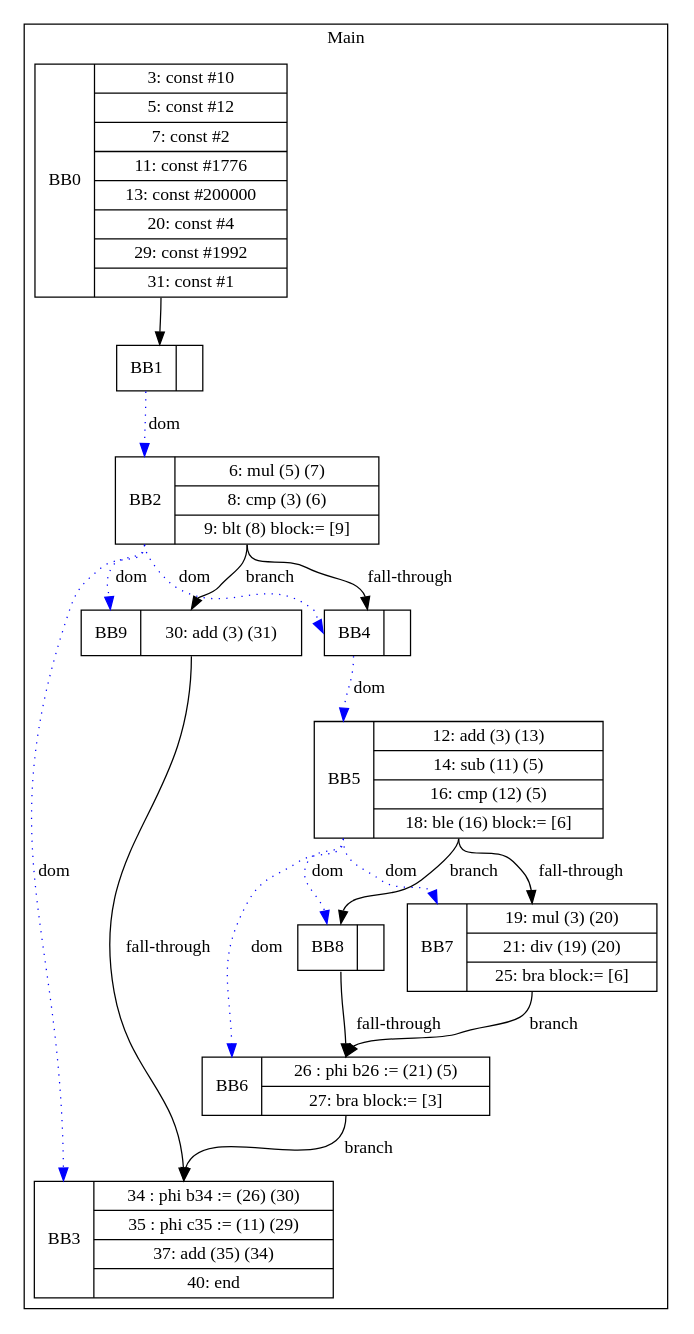
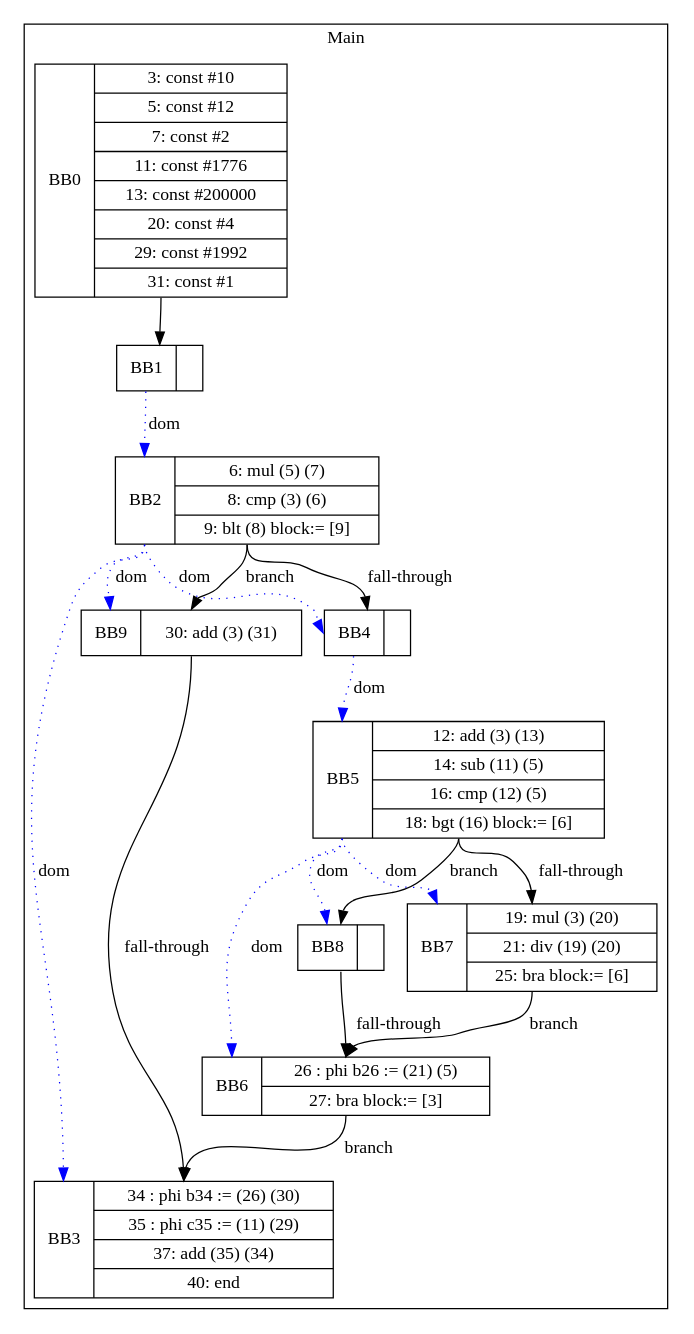
One commit to zjc664656505/UCI-CS241-Advanced-Compiler-main changed the diagram in visualization/jmcgowa/Nested_Ifs.gv. Above: the diagram before and after it, drawn with Graphviz. The commit also changed 20 other files, not shown here.

```diff
--- a/visualization/jmcgowa/Nested_Ifs.gv
+++ b/visualization/jmcgowa/Nested_Ifs.gv
@@ -1,33 +1,33 @@
 digraph G {
 node [shape=record];
 subgraph cluster_main{
 label = "Main";
 BB0 [shape=record, label="<b>BB0|{3: const #10|5: const #12|7: const #2|11: const #1776|13: const #200000|20: const #4|29: const #1992|31: const #1}"];
 BB1 [shape=record, label="<b>BB1|}"];
 BB2 [shape=record, label="<b>BB2|{6: mul (5) (7)|8: cmp (3) (6)|9: blt (8) block:= [9]}"];
 BB3 [shape=record, label="<b>BB3|{34 : phi b34 := (26) (30)|35 : phi c35 := (11) (29)|37: add (35) (34)|40: end}"];
 BB4 [shape=record, label="<b>BB4|}"];
-BB5 [shape=record, label="<b>BB5|{12: add (3) (13)|14: sub (11) (5)|16: cmp (12) (5)|18: ble (16) block:= [6]}"];
+BB5 [shape=record, label="<b>BB5|{12: add (3) (13)|14: sub (11) (5)|16: cmp (12) (5)|18: bgt (16) block:= [6]}"];
 BB6 [shape=record, label="<b>BB6|{26 : phi b26 := (21) (5)|27: bra block:= [3]}"];
 BB7 [shape=record, label="<b>BB7|{19: mul (3) (20)|21: div (19) (20)|25: bra block:= [6]}"];
 BB8 [shape=record, label="<b>BB8|}"];
 BB9 [shape=record, label="<b>BB9|{30: add (3) (31)}"];
 }
 BB0:s -> BB1:n ;
 BB2:b -> BB4:b [color=blue, style=dotted, label="dom"];
 BB1:b -> BB2:b [color=blue, style=dotted, label="dom"];
 BB5:b -> BB8:b [color=blue, style=dotted, label="dom"];
 BB5:b -> BB7:b [color=blue, style=dotted, label="dom"];
 BB2:b -> BB3:b [color=blue, style=dotted, label="dom"];
 BB2:b -> BB9:b [color=blue, style=dotted, label="dom"];
 BB4:b -> BB5:b [color=blue, style=dotted, label="dom"];
 BB5:b -> BB6:b [color=blue, style=dotted, label="dom"];
 BB2:s -> BB9:n [label="branch"];
 BB6:s -> BB3:n [label="branch"];
 BB7:s -> BB6:n [label="branch"];
 BB5:s -> BB8:n [label="branch"];
 BB2:s -> BB4:n [label="fall-through"];
 BB5:s -> BB7:n [label="fall-through"];
 BB9:s -> BB3:n [label="fall-through"];
 BB8:s -> BB6:n [label="fall-through"];
 }
```
